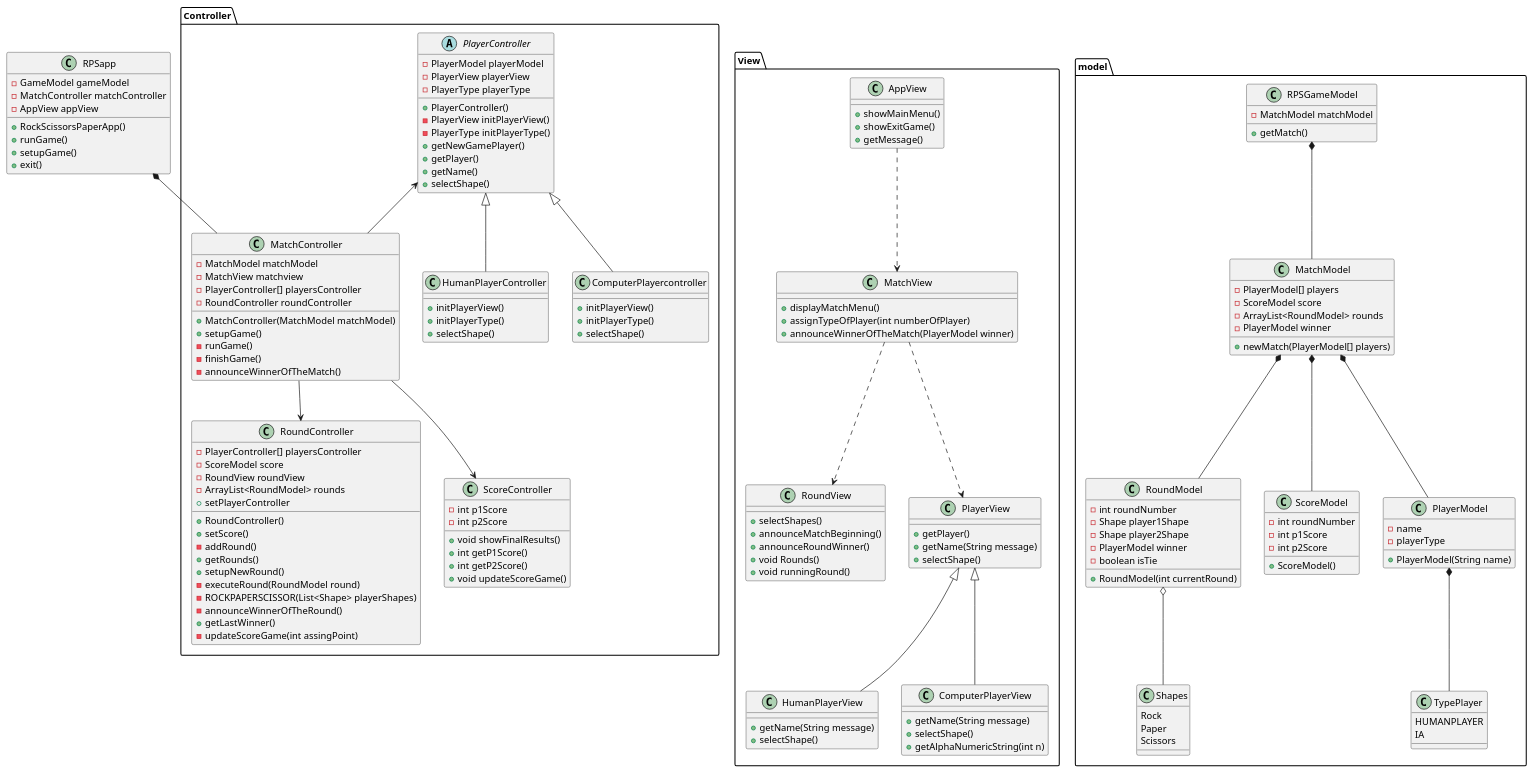
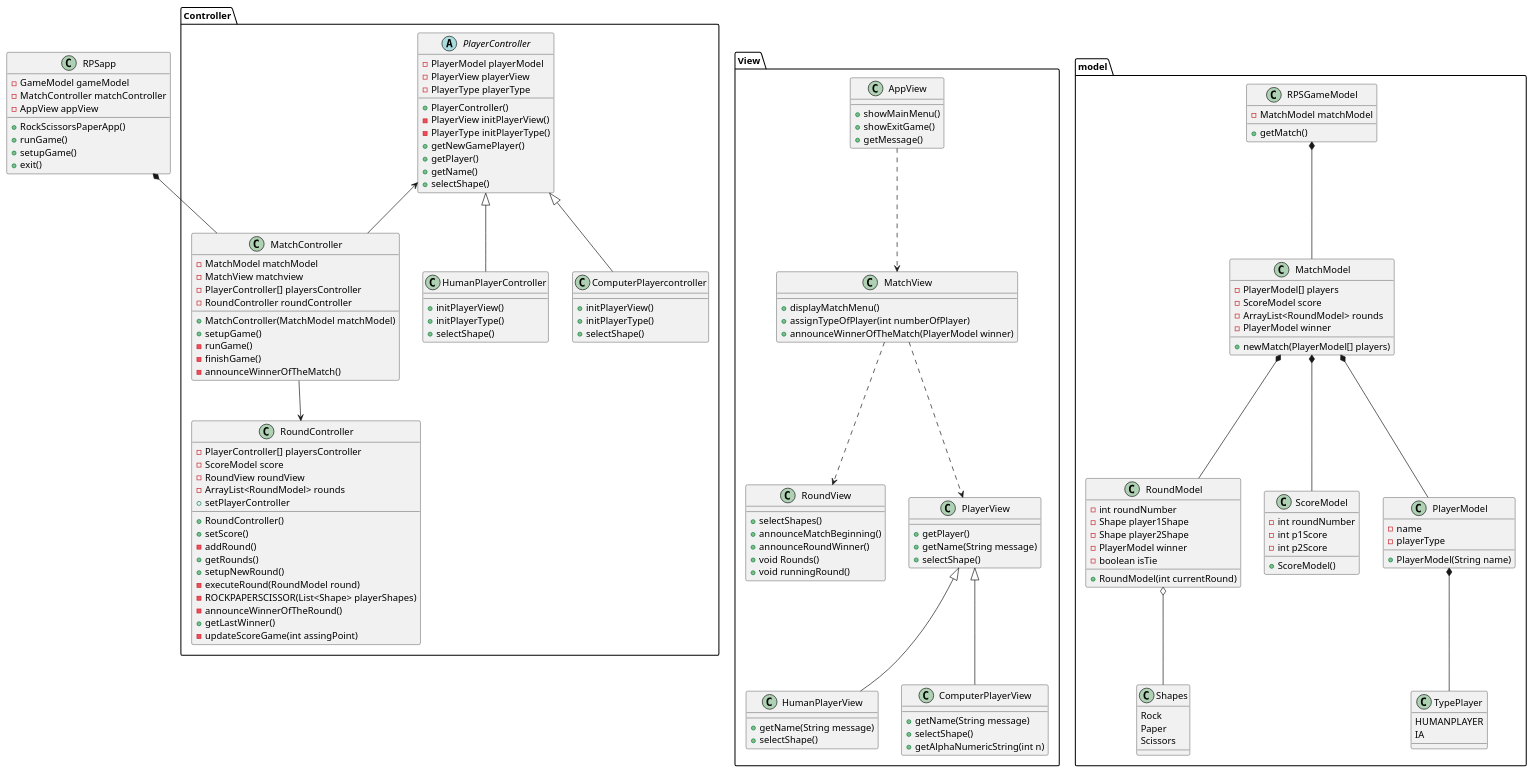
One commit to ederramos01/rock-paper-scissors changed the diagram in doc/mvc-diagram.puml. Above: the diagram before and after it, drawn with PlantUML.

Commit message:
diagram updated

```diff
--- a/doc/mvc-diagram.puml
+++ b/doc/mvc-diagram.puml
@@ -1,191 +1,191 @@
 @startuml
 
 class RPSapp {
     - GameModel gameModel
     - MatchController matchController
     - AppView appView
     + RockScissorsPaperApp()
     + runGame()
     + setupGame()
     + exit()
 }
 
 /'PACKAGE VIEW'/
 package View{
     class AppView {
         + showMainMenu()
         + showExitGame()
         + getMessage()
     }
 
     class MatchView {
         + displayMatchMenu()
         + assignTypeOfPlayer(int numberOfPlayer)
         + announceWinnerOfTheMatch(PlayerModel winner)
     }
 
     class RoundView {
         + selectShapes()
         + announceMatchBeginning()
         + announceRoundWinner()
         + void Rounds()
         + void runningRound()
     }
 
     class PlayerView {
         + getPlayer()
         + getName(String message)
         + selectShape()
     }
 
     class HumanPlayerView {
         + getName(String message)
         + selectShape()
     }
 
     class ComputerPlayerView {
         + getName(String message)
         + selectShape()
         + getAlphaNumericString(int n)
 
     }
 
     PlayerView <|-- HumanPlayerView 
     PlayerView <|-- ComputerPlayerView
     AppView ..> MatchView
     MatchView ..> RoundView
     MatchView ..> PlayerView
 }
 
 /'PACKAGE CONTROLLER'/
 package Controller {
     class MatchController {
         - MatchModel matchModel
         - MatchView matchview
         - PlayerController[] playersController
         - RoundController roundController
         + MatchController(MatchModel matchModel)
         + setupGame()
         - runGame()
         - finishGame()
         - announceWinnerOfTheMatch()
     }
 
     class RoundController {
         - PlayerController[] playersController
         - ScoreModel score
         - RoundView roundView
         - ArrayList<RoundModel> rounds
         + RoundController()
         + setScore()
         + setPlayerController
         - addRound()
         + getRounds()
         + setupNewRound()
         - executeRound(RoundModel round)
         - ROCKPAPERSCISSOR(List<Shape> playerShapes)
         - announceWinnerOfTheRound()
         + getLastWinner()
         - updateScoreGame(int assingPoint)
     }
 
     abstract class PlayerController {
         - PlayerModel playerModel
         - PlayerView playerView
         - PlayerType playerType
         + PlayerController() 
         - PlayerView initPlayerView()
         - PlayerType initPlayerType()
         + getNewGamePlayer()
         + getPlayer()
         + getName()
         + selectShape()
     }
 
     class HumanPlayerController {
         + initPlayerView()
         + initPlayerType()
         + selectShape()
     }
 
     class ComputerPlayercontroller {
         + initPlayerView()
         + initPlayerType()
         + selectShape()
     }
 
-    class ScoreController {
+    /'class ScoreController {
         - int p1Score
         - int p2Score
         + void showFinalResults()
         + int getP1Score()
         + int getP2Score()
         + void updateScoreGame()
-    }
+    }'/
 
     RPSapp *-- MatchController
     PlayerController <|-- HumanPlayerController
     PlayerController <|-- ComputerPlayercontroller
     MatchController --> RoundController
-    MatchController --> ScoreController
+    /'MatchController --> ScoreController'/
     PlayerController <-- MatchController
 
 }
 
 /'PACKAGE MODEL'/
 package model {
     class RPSGameModel {
         - MatchModel matchModel
         + getMatch()
     }
 
     class MatchModel {
         - PlayerModel[] players
         - ScoreModel score
         - ArrayList<RoundModel> rounds
         - PlayerModel winner
         + newMatch(PlayerModel[] players)
     }
     
     class RoundModel {
         - int roundNumber
         - Shape player1Shape
         - Shape player2Shape
         - PlayerModel winner
         - boolean isTie
         + RoundModel(int currentRound)
     }
 
     class ScoreModel {
         - int roundNumber
         - int p1Score
         - int p2Score
         + ScoreModel()
     }
 
     class PlayerModel{
         - name
         - playerType
         + PlayerModel(String name)
     }
 
     class TypePlayer {
         HUMANPLAYER
         IA
     }
 
     class Shapes {
         Rock
         Paper
         Scissors
     }
 
     RPSGameModel *-- MatchModel
     MatchModel *-- RoundModel
     MatchModel *-- PlayerModel
     PlayerModel *-- TypePlayer
     MatchModel *-- ScoreModel
     RoundModel o-- Shapes
 }
 
 @enduml
```
